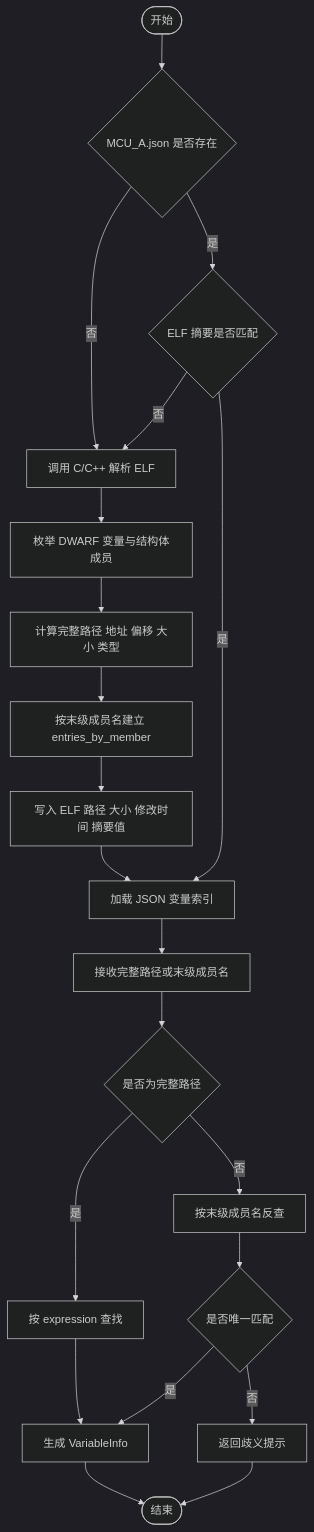
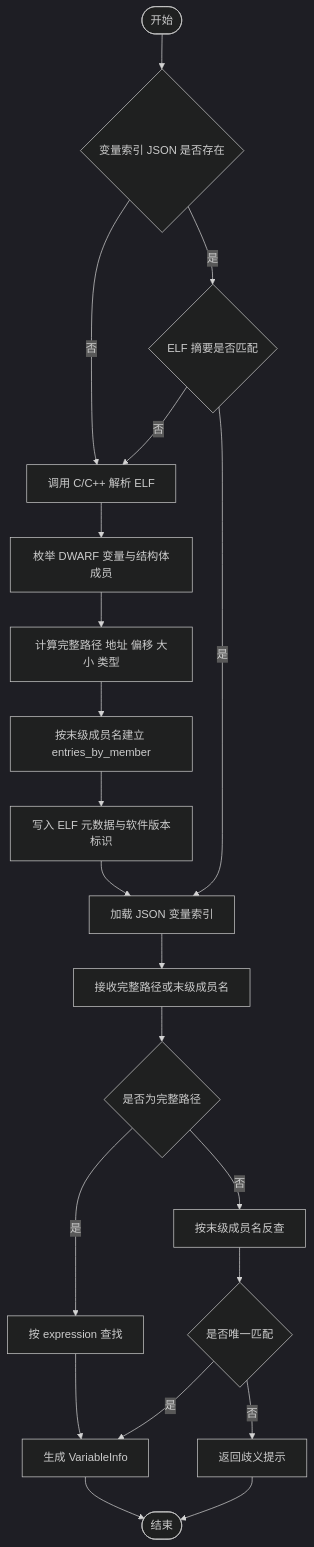
One commit to Dream-007/TC397Tools changed the second of 5 diagrams in docs/TC397_ELF_DAP_PATENT_DRAFT.md. Above: the diagram before and after it, drawn with Mermaid (dark theme). The commit also changed other lines of this file and 1 other file, not shown here.

````diff
--- a/docs/TC397_ELF_DAP_PATENT_DRAFT.md
+++ b/docs/TC397_ELF_DAP_PATENT_DRAFT.md
@@ -274,23 +336,23 @@
 ```mermaid
 flowchart TD
-    A([开始]) --> B{MCU_A.json 是否存在}
+    A([开始]) --> B{变量索引 JSON 是否存在}
     B -- 否 --> C[调用 C/C++ 解析 ELF]
     B -- 是 --> D{ELF 摘要是否匹配}
     D -- 否 --> C
     D -- 是 --> E[加载 JSON 变量索引]
     C --> F[枚举 DWARF 变量与结构体成员]
     F --> G[计算完整路径 地址 偏移 大小 类型]
     G --> H[按末级成员名建立 entries_by_member]
-    H --> I[写入 ELF 路径 大小 修改时间 摘要值]
+    H --> I[写入 ELF 元数据与软件版本标识]
     I --> E
     E --> J[接收完整路径或末级成员名]
     J --> K{是否为完整路径}
     K -- 是 --> L[按 expression 查找]
     K -- 否 --> M[按末级成员名反查]
     L --> N[生成 VariableInfo]
     M --> O{是否唯一匹配}
     O -- 是 --> N
     O -- 否 --> P[返回歧义提示]
     N --> Q([结束])
     P --> Q
 ```
````
